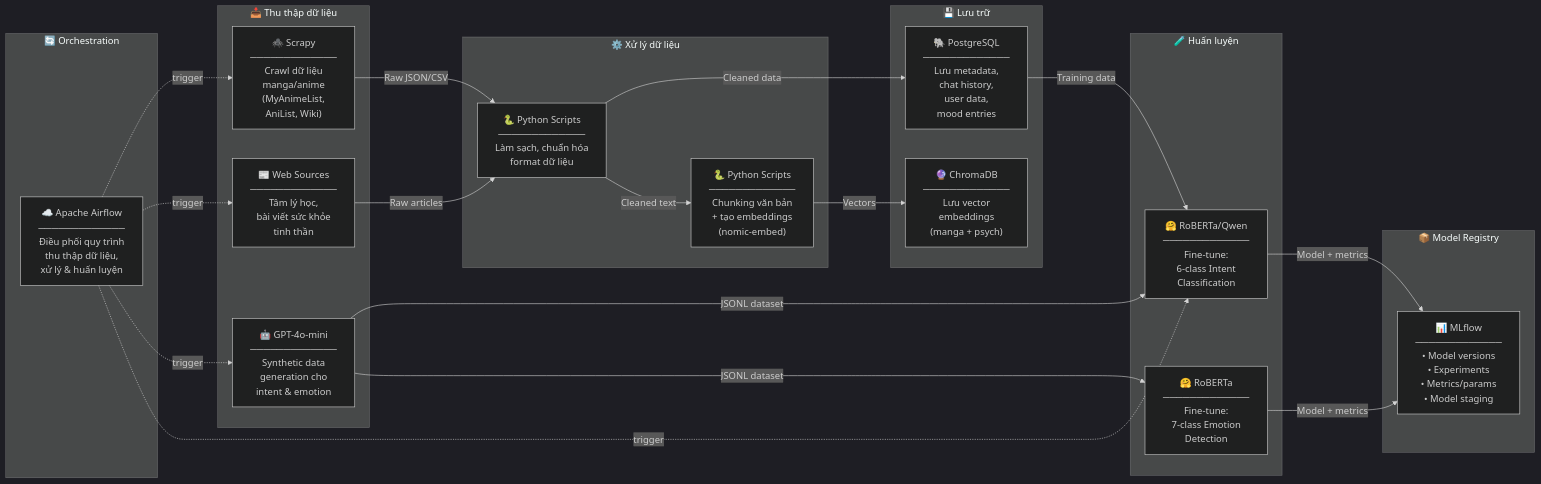
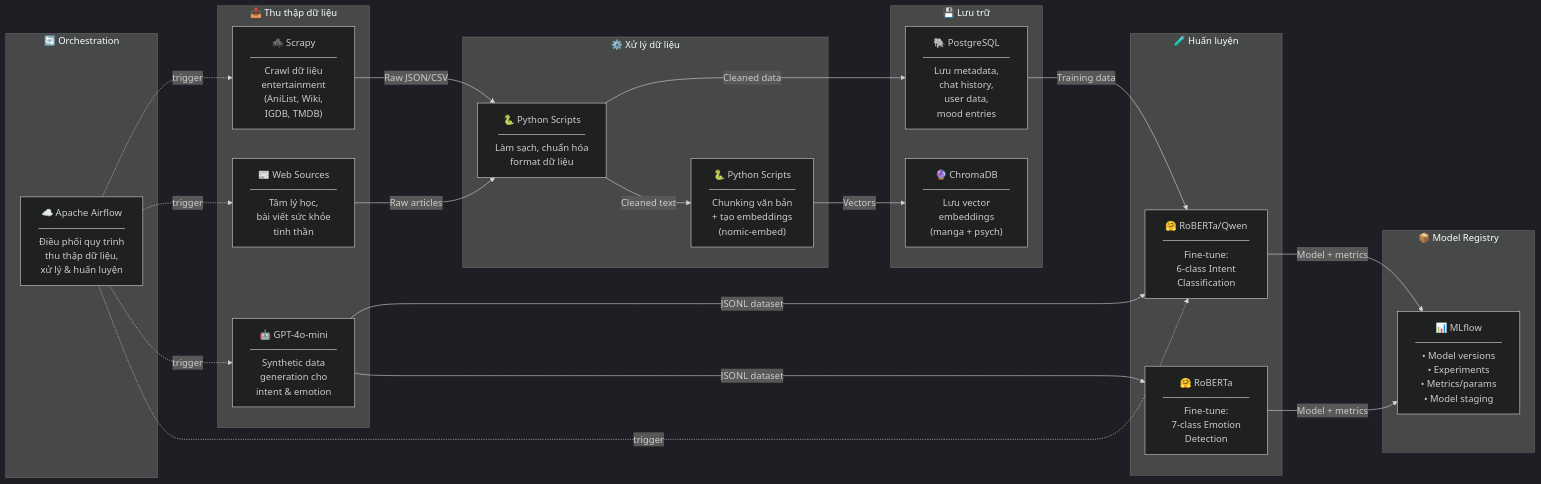
Before and after one commit to vphuocthinh2006/VirFriendo: the first of 8 diagrams in docs/02_system_architecture.md, drawn with Mermaid (dark theme). The commit also changed other lines of this file and 58 other files, not shown here.

````diff
--- a/docs/02_system_architecture.md
+++ b/docs/02_system_architecture.md
@@ -84,47 +84,47 @@
 ```mermaid
 graph LR
     subgraph "🔄 Orchestration"
         AF["☁️ Apache Airflow<br/>─────────────<br/>Điều phối quy trình<br/>thu thập dữ liệu,<br/>xử lý & huấn luyện"]
     end
 
     subgraph "📥 Thu thập dữ liệu"
-        SC["🕷️ Scrapy<br/>─────────────<br/>Crawl dữ liệu<br/>manga/anime<br/>(MyAnimeList,<br/>AniList, Wiki)"]
+        SC["🕷️ Scrapy<br/>─────────────<br/>Crawl dữ liệu<br/>entertainment<br/>(AniList, Wiki,<br/>IGDB, TMDB)"]
         NEWS["📰 Web Sources<br/>─────────────<br/>Tâm lý học,<br/>bài viết sức khỏe<br/>tinh thần"]
         SYNTH["🤖 GPT-4o-mini<br/>─────────────<br/>Synthetic data<br/>generation cho<br/>intent & emotion"]
     end
 
     subgraph "⚙️ Xử lý dữ liệu"
         PY1["🐍 Python Scripts<br/>─────────────<br/>Làm sạch, chuẩn hóa<br/>format dữ liệu"]
         PY2["🐍 Python Scripts<br/>─────────────<br/>Chunking văn bản<br/>+ tạo embeddings<br/>(nomic-embed)"]
     end
 
     subgraph "💾 Lưu trữ"
         PG["🐘 PostgreSQL<br/>─────────────<br/>Lưu metadata,<br/>chat history,<br/>user data,<br/>mood entries"]
         CHROMA["🔮 ChromaDB<br/>─────────────<br/>Lưu vector<br/>embeddings<br/>(manga + psych)"]
     end
 
     subgraph "🧪 Huấn luyện"
         HF_INTENT["🤗 RoBERTa/Qwen<br/>─────────────<br/>Fine-tune:<br/>6-class Intent<br/>Classification"]
         HF_EMO["🤗 RoBERTa<br/>─────────────<br/>Fine-tune:<br/>7-class Emotion<br/>Detection"]
     end
 
     subgraph "📦 Model Registry"
         MLF["📊 MLflow<br/>─────────────<br/>• Model versions<br/>• Experiments<br/>• Metrics/params<br/>• Model staging"]
     end
 
     AF -.->|"trigger"| SC
     AF -.->|"trigger"| NEWS
     AF -.->|"trigger"| SYNTH
     AF -.->|"trigger"| HF_INTENT
 
     SC -->|"Raw JSON/CSV"| PY1
     NEWS -->|"Raw articles"| PY1
     SYNTH -->|"JSONL dataset"| HF_INTENT
     SYNTH -->|"JSONL dataset"| HF_EMO
     PY1 -->|"Cleaned data"| PG
     PY1 -->|"Cleaned text"| PY2
     PY2 -->|"Vectors"| CHROMA
     PG -->|"Training data"| HF_INTENT
     HF_INTENT -->|"Model + metrics"| MLF
     HF_EMO -->|"Model + metrics"| MLF
 ```
````
